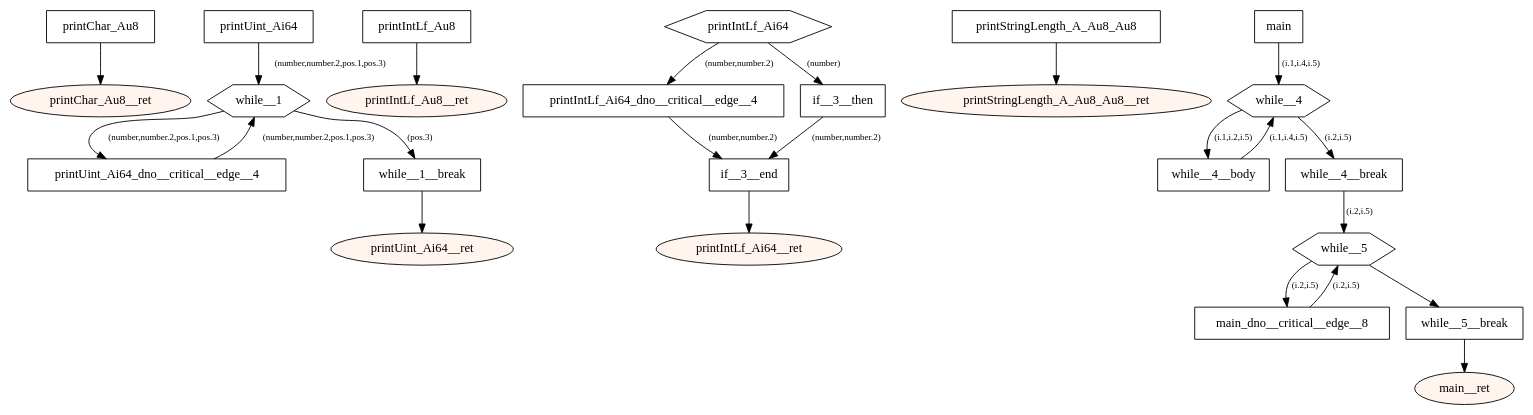
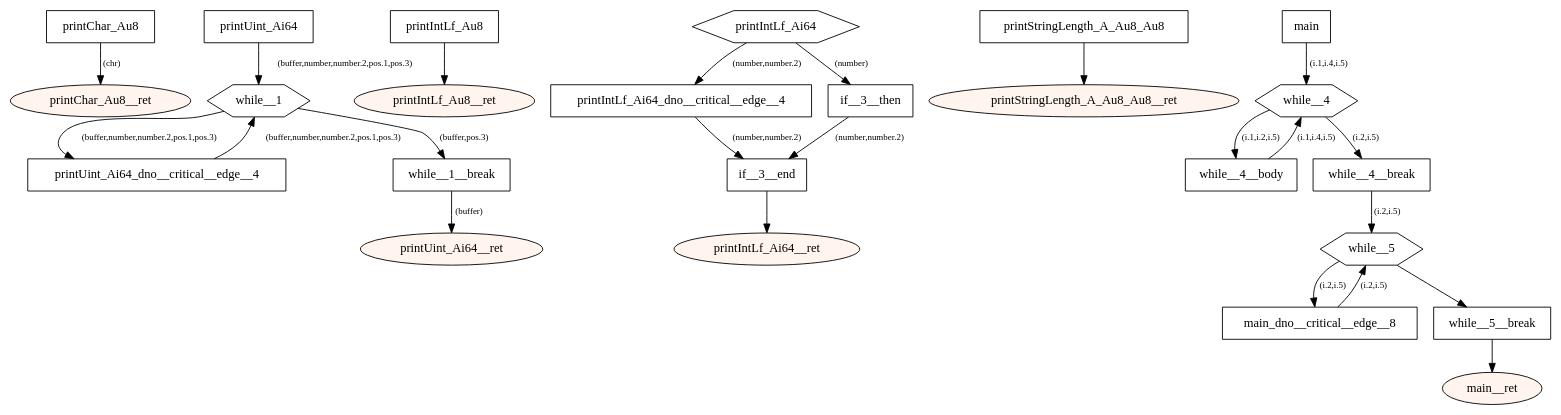
The diagram in src/main/resources-test/compiler/windows/while.dot (tmssngr/tinyC), drawn with Graphviz before and after one commit. The commit also changed 158 other files, not shown here.

```diff
--- a/src/main/resources-test/compiler/windows/while.dot
+++ b/src/main/resources-test/compiler/windows/while.dot
@@ -1,61 +1,61 @@
 digraph program {
 	edge[fontsize="10pt"];
 	subgraph fn_printChar_Au8 {
 		BasicBlock_0_printChar_Au8 [label="printChar_Au8",shape=box];
-		BasicBlock_0_printChar_Au8 -> BasicBlock_0_printChar_Au8__ret;
+		BasicBlock_0_printChar_Au8 -> BasicBlock_0_printChar_Au8__ret [label="(chr)"];
 		BasicBlock_0_printChar_Au8__ret [label="printChar_Au8__ret",shape=oval,style=filled,fillcolor="#fff5ee"];
 	}
 	subgraph fn_printUint_Ai64 {
 		BasicBlock_1_printUint_Ai64 [label="printUint_Ai64",shape=box];
-		BasicBlock_1_printUint_Ai64 -> BasicBlock_1_while__1 [label="(number,number.2,pos.1,pos.3)"];
+		BasicBlock_1_printUint_Ai64 -> BasicBlock_1_while__1 [label="(buffer,number,number.2,pos.1,pos.3)"];
 		BasicBlock_1_printUint_Ai64_dno__critical__edge__4 [label="printUint_Ai64_dno__critical__edge__4",shape=box];
-		BasicBlock_1_printUint_Ai64_dno__critical__edge__4 -> BasicBlock_1_while__1 [label="(number,number.2,pos.1,pos.3)"];
+		BasicBlock_1_printUint_Ai64_dno__critical__edge__4 -> BasicBlock_1_while__1 [label="(buffer,number,number.2,pos.1,pos.3)"];
 		BasicBlock_1_while__1 [label="while__1",shape=hexagon];
-		BasicBlock_1_while__1 -> BasicBlock_1_printUint_Ai64_dno__critical__edge__4 [label="(number,number.2,pos.1,pos.3)"];
-		BasicBlock_1_while__1 -> BasicBlock_1_while__1__break [label="(pos.3)"];
+		BasicBlock_1_while__1 -> BasicBlock_1_printUint_Ai64_dno__critical__edge__4 [label="(buffer,number,number.2,pos.1,pos.3)"];
+		BasicBlock_1_while__1 -> BasicBlock_1_while__1__break [label="(buffer,pos.3)"];
 		BasicBlock_1_while__1__break [label="while__1__break",shape=box];
-		BasicBlock_1_while__1__break -> BasicBlock_1_printUint_Ai64__ret;
+		BasicBlock_1_while__1__break -> BasicBlock_1_printUint_Ai64__ret [label="(buffer)"];
 		BasicBlock_1_printUint_Ai64__ret [label="printUint_Ai64__ret",shape=oval,style=filled,fillcolor="#fff5ee"];
 	}
 	subgraph fn_printIntLf_Au8 {
 		BasicBlock_2_printIntLf_Au8 [label="printIntLf_Au8",shape=box];
 		BasicBlock_2_printIntLf_Au8 -> BasicBlock_2_printIntLf_Au8__ret;
 		BasicBlock_2_printIntLf_Au8__ret [label="printIntLf_Au8__ret",shape=oval,style=filled,fillcolor="#fff5ee"];
 	}
 	subgraph fn_printIntLf_Ai64 {
 		BasicBlock_3_printIntLf_Ai64 [label="printIntLf_Ai64",shape=hexagon];
 		BasicBlock_3_printIntLf_Ai64 -> BasicBlock_3_printIntLf_Ai64_dno__critical__edge__4 [label="(number,number.2)"];
 		BasicBlock_3_printIntLf_Ai64 -> BasicBlock_3_if__3__then [label="(number)"];
 		BasicBlock_3_printIntLf_Ai64_dno__critical__edge__4 [label="printIntLf_Ai64_dno__critical__edge__4",shape=box];
 		BasicBlock_3_printIntLf_Ai64_dno__critical__edge__4 -> BasicBlock_3_if__3__end [label="(number,number.2)"];
 		BasicBlock_3_if__3__then [label="if__3__then",shape=box];
 		BasicBlock_3_if__3__then -> BasicBlock_3_if__3__end [label="(number,number.2)"];
 		BasicBlock_3_if__3__end [label="if__3__end",shape=box];
 		BasicBlock_3_if__3__end -> BasicBlock_3_printIntLf_Ai64__ret;
 		BasicBlock_3_printIntLf_Ai64__ret [label="printIntLf_Ai64__ret",shape=oval,style=filled,fillcolor="#fff5ee"];
 	}
 	subgraph fn_printStringLength_A_Au8_Au8 {
 		BasicBlock_4_printStringLength_A_Au8_Au8 [label="printStringLength_A_Au8_Au8",shape=box];
 		BasicBlock_4_printStringLength_A_Au8_Au8 -> BasicBlock_4_printStringLength_A_Au8_Au8__ret;
 		BasicBlock_4_printStringLength_A_Au8_Au8__ret [label="printStringLength_A_Au8_Au8__ret",shape=oval,style=filled,fillcolor="#fff5ee"];
 	}
 	subgraph fn_main {
 		BasicBlock_5_main [label="main",shape=box];
 		BasicBlock_5_main -> BasicBlock_5_while__4 [label="(i.1,i.4,i.5)"];
 		BasicBlock_5_while__4__body [label="while__4__body",shape=box];
 		BasicBlock_5_while__4__body -> BasicBlock_5_while__4 [label="(i.1,i.4,i.5)"];
 		BasicBlock_5_while__4 [label="while__4",shape=hexagon];
 		BasicBlock_5_while__4 -> BasicBlock_5_while__4__break [label="(i.2,i.5)"];
 		BasicBlock_5_while__4 -> BasicBlock_5_while__4__body [label="(i.1,i.2,i.5)"];
 		BasicBlock_5_while__4__break [label="while__4__break",shape=box];
 		BasicBlock_5_while__4__break -> BasicBlock_5_while__5 [label="(i.2,i.5)"];
 		BasicBlock_5_main_dno__critical__edge__8 [label="main_dno__critical__edge__8",shape=box];
 		BasicBlock_5_main_dno__critical__edge__8 -> BasicBlock_5_while__5 [label="(i.2,i.5)"];
 		BasicBlock_5_while__5 [label="while__5",shape=hexagon];
 		BasicBlock_5_while__5 -> BasicBlock_5_main_dno__critical__edge__8 [label="(i.2,i.5)"];
 		BasicBlock_5_while__5 -> BasicBlock_5_while__5__break;
 		BasicBlock_5_while__5__break [label="while__5__break",shape=box];
 		BasicBlock_5_while__5__break -> BasicBlock_5_main__ret;
 		BasicBlock_5_main__ret [label="main__ret",shape=oval,style=filled,fillcolor="#fff5ee"];
 	}
 }
```
